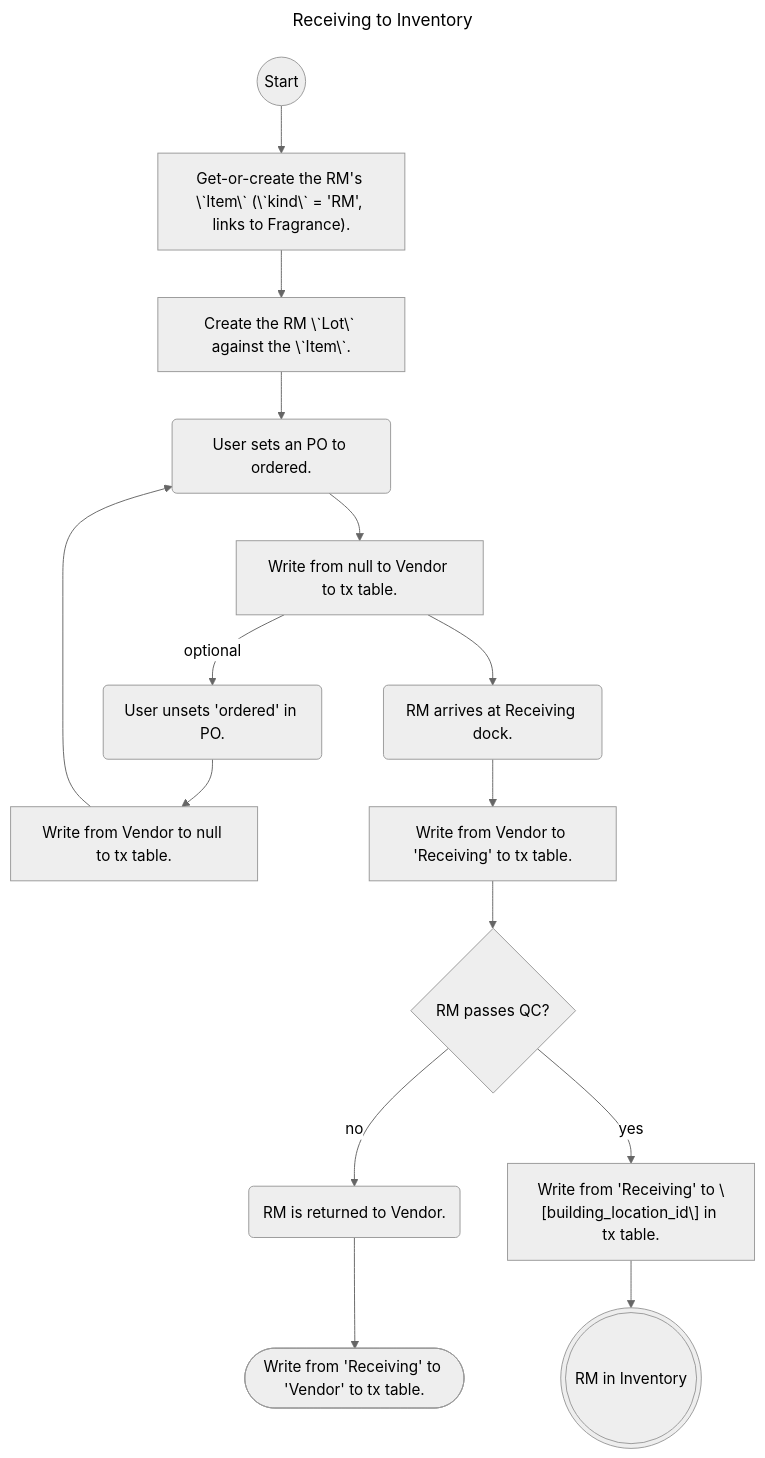
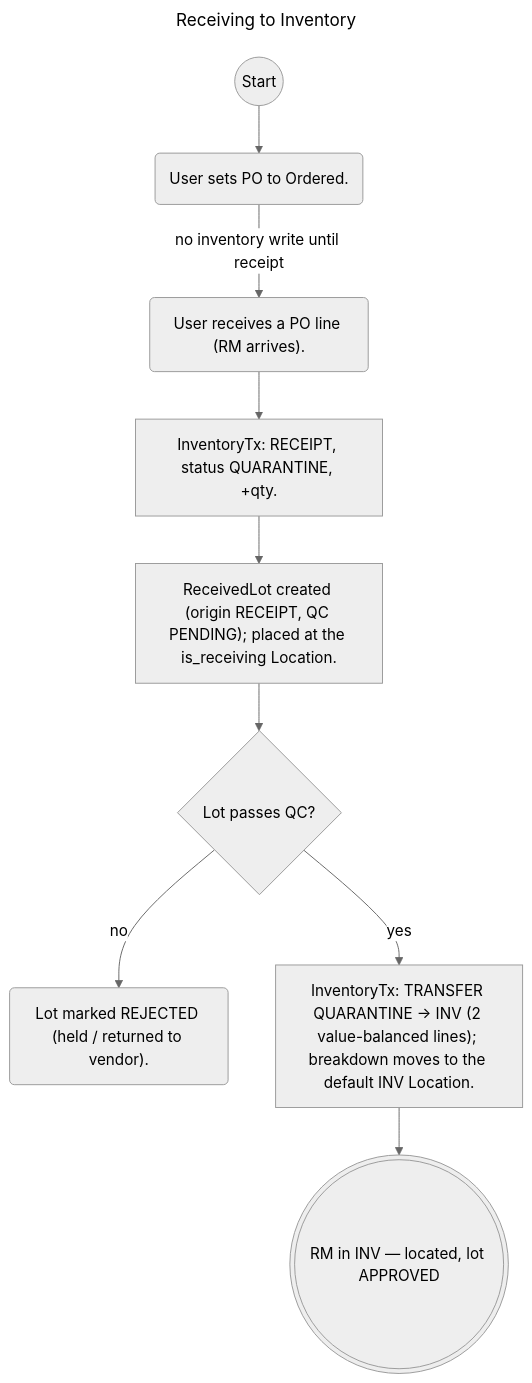
The third of 8 diagrams in src/tx_table_proposal.md (afi-spencerd/RSM), drawn with Mermaid (neutral theme) before and after one commit. The commit also changed other lines of this file, not shown here.

First line of the commit message:
docs: re-model flowcharts to fw3's two-ledger model

````diff
--- a/src/tx_table_proposal.md
+++ b/src/tx_table_proposal.md
@@ -142,24 +145,20 @@
 ```mermaid
 ---
 title: Receiving to Inventory
 ---
 flowchart TB
   start((Start))
-  ensure_item_rm["Get-or-create the RM's \`Item\` (\`kind\` = 'RM', links to Fragrance)."]
-  create_rm_lot["Create the RM \`Lot\` against the \`Item\`."]
-  order_rm("User sets an PO to ordered.")
-  tx_order_rm["Write from null to Vendor to tx table."]
-  unorder_rm("User unsets 'ordered' in PO.")
-  tx_unorder_rm["Write from Vendor to null to tx table."]
-  rm_arrive("RM arrives at Receiving dock.")
-  tx_rm_arrive["Write from Vendor to 'Receiving' to tx table."]
-  is_qc_pass{RM passes QC?}
-  return_rm("RM is returned to Vendor.")
-  tx_return_rm(["Write from 'Receiving' to 'Vendor' to tx table."])
-  tx_receive_rm["Write from 'Receiving' to \[building_location_id\] in tx table."]
-  rm_in_inventory((("RM in Inventory")))
+  order_po("User sets PO to Ordered.")
+  receive("User receives a PO line (RM arrives).")
+  tx_receive["InventoryTx: RECEIPT, status QUARANTINE, +qty."]
+  lot_receive["ReceivedLot created (origin RECEIPT, QC PENDING); placed at the is_receiving Location."]
+  is_qc_pass{"Lot passes QC?"}
+  reject_rm("Lot marked REJECTED (held / returned to vendor).")
+  tx_qc_pass["InventoryTx: TRANSFER QUARANTINE → INV (2 value-balanced lines); breakdown moves to the default INV Location."]
+  rm_in_inventory((("RM in INV — located, lot APPROVED")))
 
-  start --> ensure_item_rm --> create_rm_lot --> order_rm --> tx_order_rm -->|optional| unorder_rm --> tx_unorder_rm --> order_rm
-                         tx_order_rm --> rm_arrive --> tx_rm_arrive --> is_qc_pass -->|no| return_rm --> tx_return_rm
-                                                                        is_qc_pass -->|yes| tx_receive_rm --> rm_in_inventory
+  start --> order_po -->|no inventory write until receipt| receive
+  receive --> tx_receive --> lot_receive --> is_qc_pass
+  is_qc_pass -->|no| reject_rm
+  is_qc_pass -->|yes| tx_qc_pass --> rm_in_inventory
 ```
````
